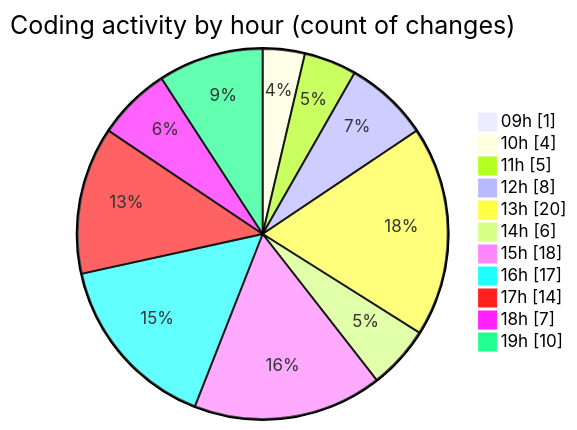
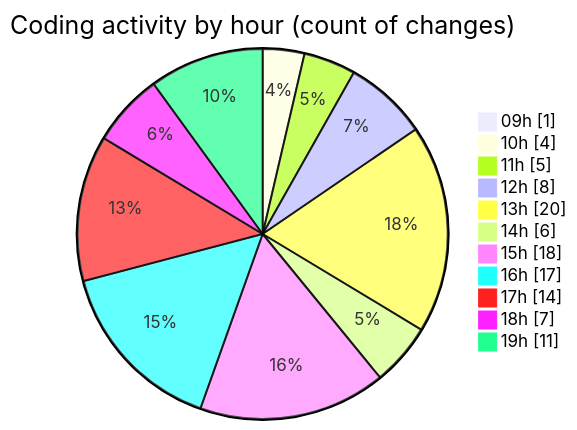
One commit to momahboobian/code-tracking changed the second of 2 diagrams in 2025-02-24/cda/README.md. Above: the diagram before and after it, drawn with Mermaid. The commit also changed other lines of this file and 1 other file, not shown here.

````diff
--- a/2025-02-24/cda/README.md
+++ b/2025-02-24/cda/README.md
@@ -50,15 +50,15 @@
 ```mermaid
 pie showData
 title Coding activity by hour (count of changes)
 "09h" : 1
 "10h" : 4
 "11h" : 5
 "12h" : 8
 "13h" : 20
 "14h" : 6
 "15h" : 18
 "16h" : 17
 "17h" : 14
 "18h" : 7
-"19h" : 10
+"19h" : 11
 ```
````
